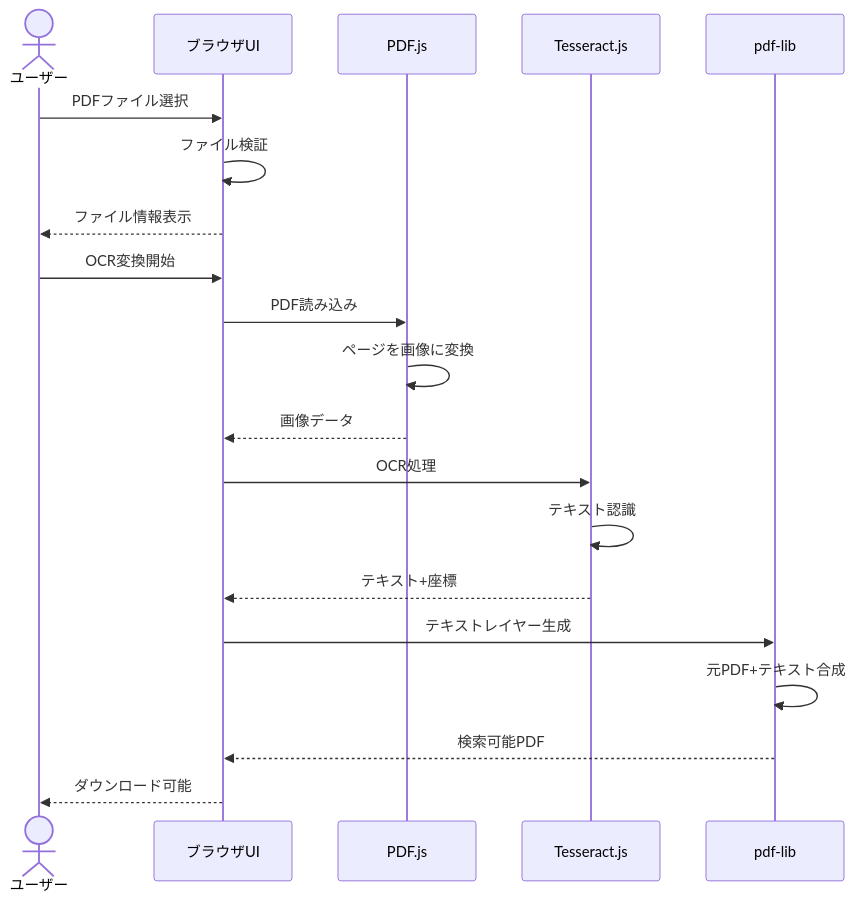
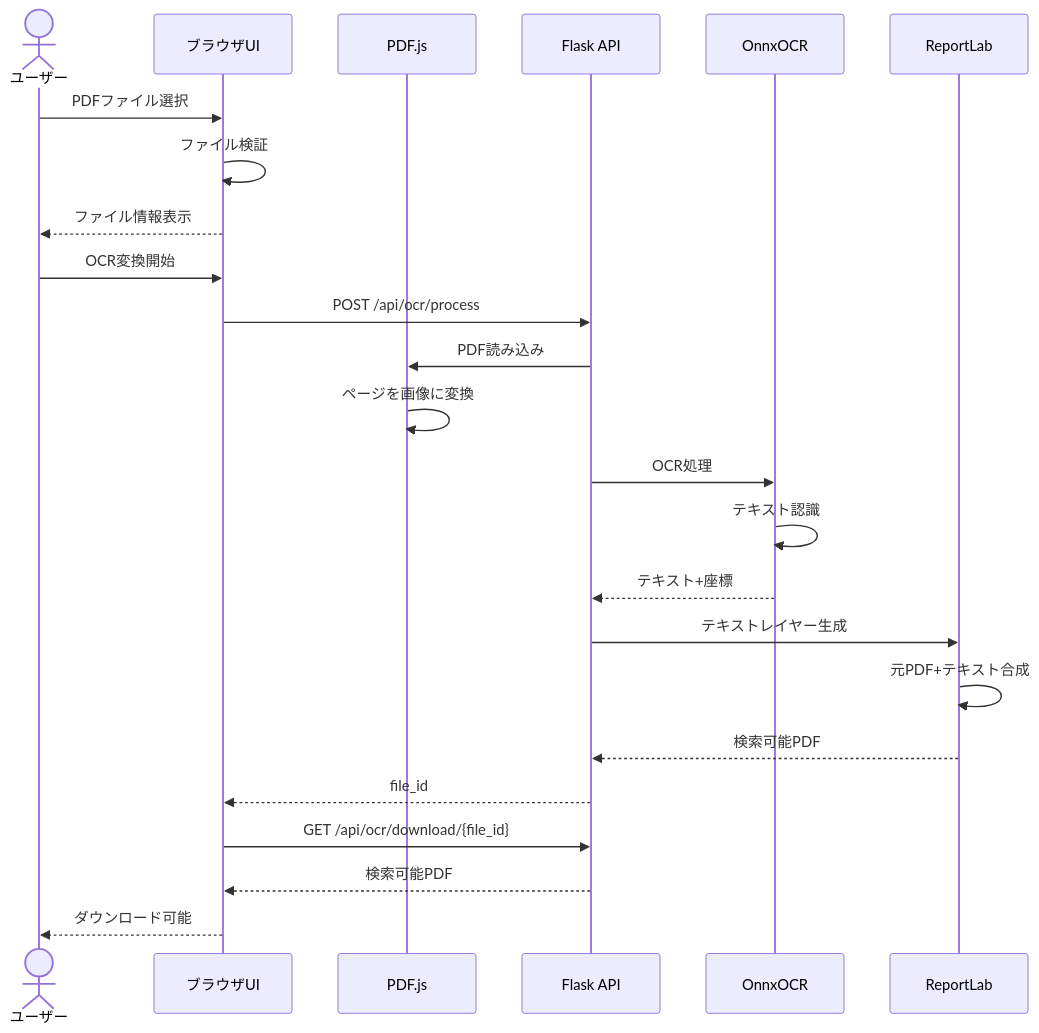
The first of 5 diagrams in docs/完全仕様書.md (J1921604/OCR-PDF-Converter), drawn with Mermaid before and after one commit. The commit also changed other lines of this file and 11 other files, not shown here.

````diff
--- a/docs/完全仕様書.md
+++ b/docs/完全仕様書.md
@@ -136,23 +136,27 @@
 ```mermaid
 sequenceDiagram
     actor ユーザー
     participant UI as ブラウザUI
     participant PDF as PDF.js
-    participant OCR as Tesseract.js
-    participant Gen as pdf-lib
+    participant API as Flask API
+    participant OCR as OnnxOCR
+    participant Gen as ReportLab
 
     ユーザー->>UI: PDFファイル選択
     UI->>UI: ファイル検証
     UI-->>ユーザー: ファイル情報表示
     ユーザー->>UI: OCR変換開始
-    UI->>PDF: PDF読み込み
+    UI->>API: POST /api/ocr/process
+    API->>PDF: PDF読み込み
     PDF->>PDF: ページを画像に変換
-    PDF-->>UI: 画像データ
-    UI->>OCR: OCR処理
+    API->>OCR: OCR処理
     OCR->>OCR: テキスト認識
-    OCR-->>UI: テキスト+座標
-    UI->>Gen: テキストレイヤー生成
+    OCR-->>API: テキスト+座標
+    API->>Gen: テキストレイヤー生成
     Gen->>Gen: 元PDF+テキスト合成
-    Gen-->>UI: 検索可能PDF
+    Gen-->>API: 検索可能PDF
+    API-->>UI: file_id
+    UI->>API: GET /api/ocr/download/{file_id}
+    API-->>UI: 検索可能PDF
     UI-->>ユーザー: ダウンロード可能
 ```
````
